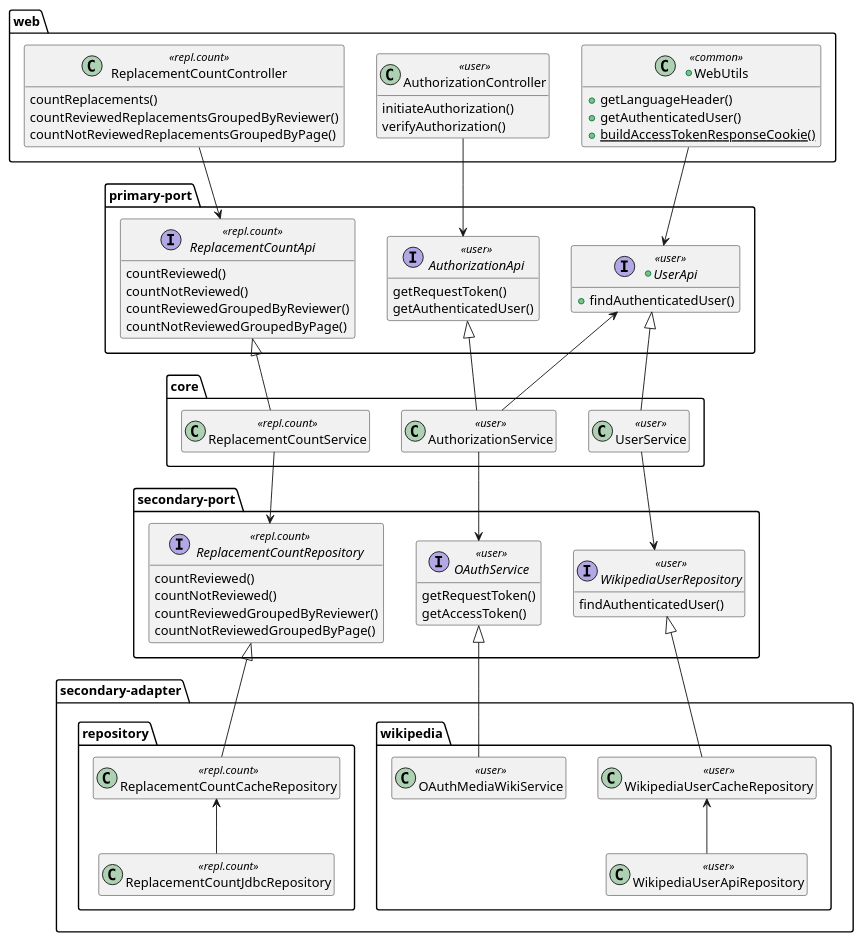
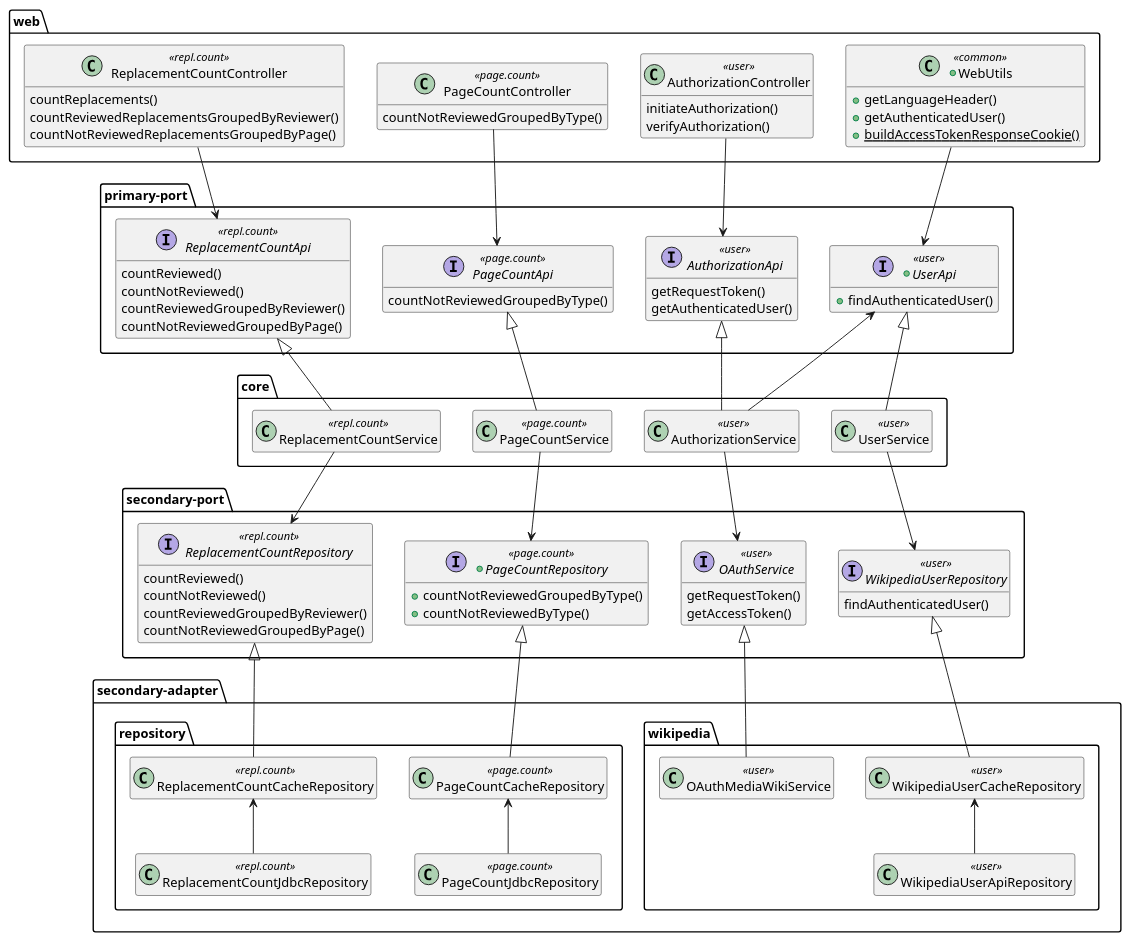
The diagram in class-relationships.puml (benjavalero/replacer), drawn with PlantUML before and after one commit.

Commit message:
page count package

```diff
--- a/class-relationships.puml
+++ b/class-relationships.puml
@@ -1,111 +1,156 @@
 @startuml
 
 hide empty members
 
 'USER
 
 package web {
   +class WebUtils <<common>> {
     +getLanguageHeader()
     +getAuthenticatedUser()
     +{static}buildAccessTokenResponseCookie()
   }
 
   class AuthorizationController <<user>> {
     initiateAuthorization()
     verifyAuthorization()
   }
 }
 
 package primary-port {
   interface AuthorizationApi <<user>> {
     getRequestToken()
     getAuthenticatedUser()
   }
 
   +interface UserApi <<user>> {
     +findAuthenticatedUser()
   }
 }
 
 package core {
   class AuthorizationService <<user>>
   class UserService <<user>>
 }
 
 package secondary-port {
   interface OAuthService <<user>> {
     getRequestToken()
     getAccessToken()
   }
 
   interface WikipediaUserRepository <<user>> {
     findAuthenticatedUser()
   }
 }
 
 package secondary-adapter {
   package wikipedia {
     class OAuthMediaWikiService <<user>>
     class WikipediaUserApiRepository <<user>>
     class WikipediaUserCacheRepository <<user>>
   }
 }
 
 AuthorizationController --> AuthorizationApi
 AuthorizationApi <|-- AuthorizationService
 WebUtils --> UserApi
 UserApi <-- AuthorizationService
 AuthorizationService --> OAuthService
 UserApi <|-- UserService
 UserService --> WikipediaUserRepository
 OAuthService <|-- OAuthMediaWikiService
 WikipediaUserRepository <|-- WikipediaUserCacheRepository
 WikipediaUserCacheRepository <-- WikipediaUserApiRepository
 
+'PAGE COUNT
+
+package web {
+  class PageCountController <<page.count>> {
+    countNotReviewedGroupedByType()
+  }
+}
+
+package primary-port {
+  interface PageCountApi <<page.count>> {
+    countNotReviewedGroupedByType()
+  }
+}
+
+package core {
+  class PageCountService <<page.count>>
+}
+
+package secondary-port {
+  +interface PageCountRepository <<page.count>> {
+    +countNotReviewedGroupedByType()
+    +countNotReviewedByType()
+  }
+}
+
+package secondary-adapter {
+  package repository {
+    class PageCountCacheRepository <<page.count>>
+    class PageCountJdbcRepository <<page.count>>
+  }
+}
+
+PageCountController --> PageCountApi
+PageCountApi <|-- PageCountService
+PageCountService --> PageCountRepository
+PageCountRepository <|-- PageCountCacheRepository
+PageCountCacheRepository <-- PageCountJdbcRepository
+
 'REPLACEMENT COUNT
 
 package web {
   class ReplacementCountController <<repl.count>> {
     countReplacements()
     countReviewedReplacementsGroupedByReviewer()
     countNotReviewedReplacementsGroupedByPage()
   }
 }
 
-package primary-port { 
+package primary-port {
   interface ReplacementCountApi <<repl.count>> {
     countReviewed()
     countNotReviewed()
     countReviewedGroupedByReviewer()
     countNotReviewedGroupedByPage()
   }
 }
 
 package core {
   class ReplacementCountService <<repl.count>>
 }
 
 package secondary-port {
   interface ReplacementCountRepository <<repl.count>> {
     countReviewed()
     countNotReviewed()
     countReviewedGroupedByReviewer()
     countNotReviewedGroupedByPage()
   }
 }
 
 package secondary-adapter {
   package repository {
     class ReplacementCountCacheRepository <<repl.count>>
     class ReplacementCountJdbcRepository <<repl.count>>
   }
 }
 
 ReplacementCountController --> ReplacementCountApi
 ReplacementCountApi <|-- ReplacementCountService
 ReplacementCountService --> ReplacementCountRepository
 ReplacementCountRepository <|-- ReplacementCountCacheRepository
 ReplacementCountCacheRepository <-- ReplacementCountJdbcRepository
 
+
+
+
+'TO-DO: PAGE FIND
+' PageCountRepository es usado por ReviewTypeFinder y ReviewNoTypeFinder
+
+
 @enduml
```
